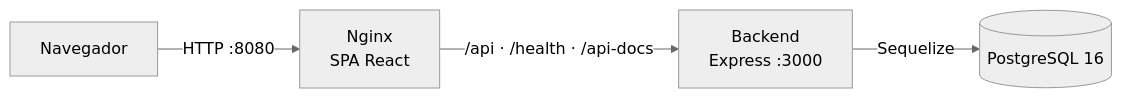
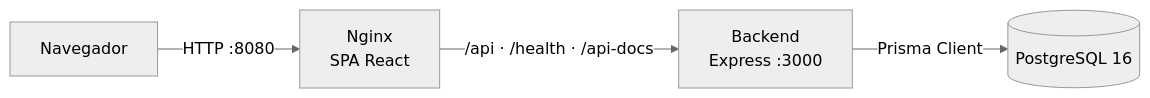
One commit to sanlith340-droid/Huellitas_Saludables_PRO changed the second of 4 diagrams in Readme.md. Above: the diagram before and after it, drawn with Mermaid (neutral theme). The commit also changed other lines of this file and 100 other files, not shown here.

````diff
--- a/Readme.md
+++ b/Readme.md
@@ -101,6 +101,6 @@
 ```mermaid
 flowchart LR
     U[Navegador] -->|HTTP :8080| N[Nginx\nSPA React]
     N -->|/api · /health · /api-docs| B[Backend\nExpress :3000]
-    B -->|Sequelize| P[(PostgreSQL 16)]
+    B -->|Prisma Client| P[(PostgreSQL 16)]
 ```
````
